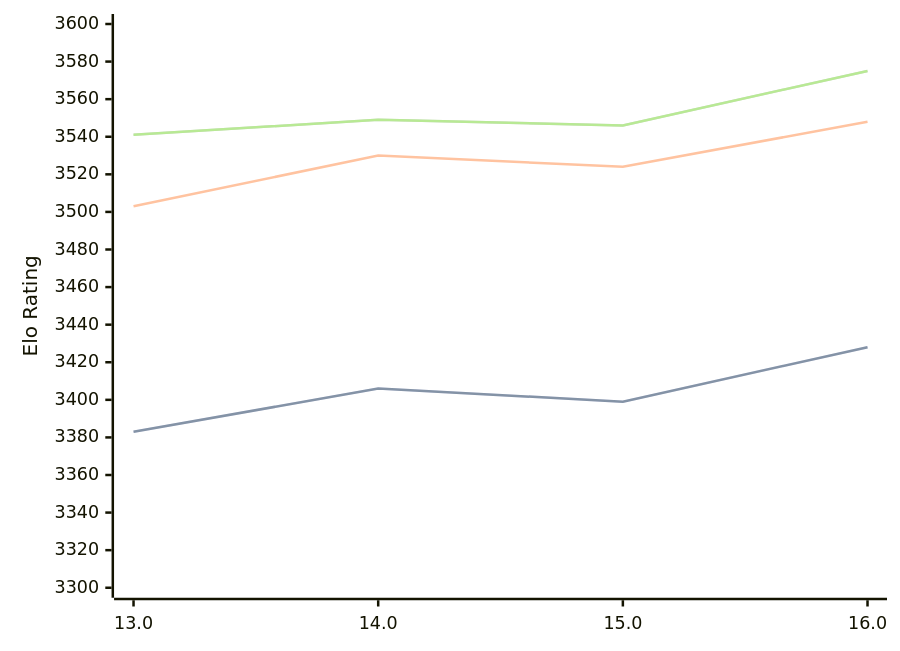
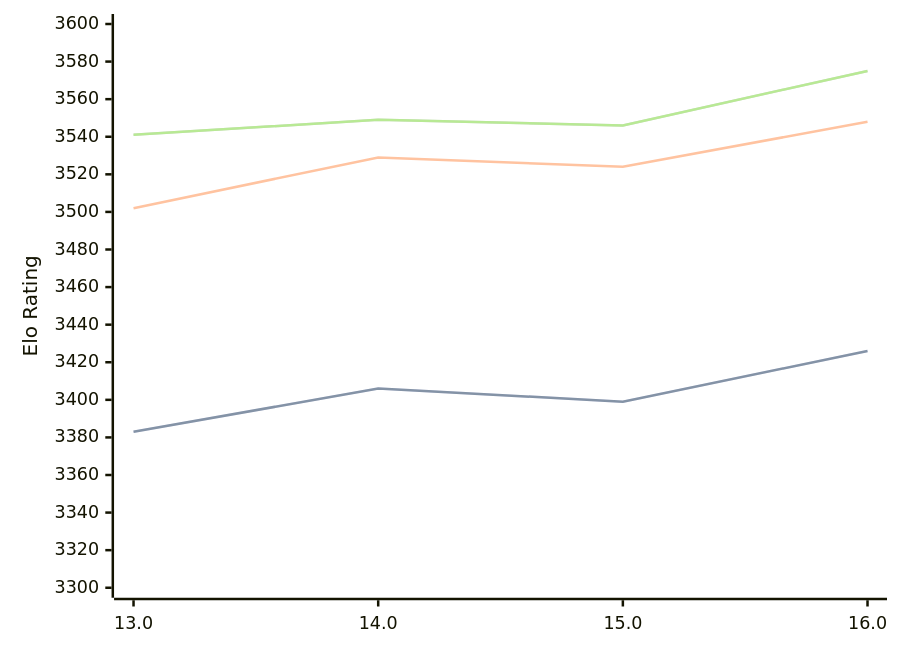
Before and after one commit to computer-chess-index/cci: the diagram in engines/Obsidian.md, drawn with Mermaid. The commit also changed other lines of this file, not shown here.

````diff
--- a/engines/Obsidian.md
+++ b/engines/Obsidian.md
@@ -43,11 +43,11 @@
 ```mermaid
 %%{init: {"theme":"base","themeVariables":{"seriesColors:['#a3a3a3','#222221','#faa371']}}}%%
 xychart-beta
   x-axis ["13.0", "14.0", "15.0", "16.0"]
   y-axis "Elo Rating" 3300 --> 3600
-  line "STC (8.0+0.08s)" [3383, 3406, 3399, 3428]
-  line "STC (8.0+0.08s)" [3383, 3406, 3399, 3428]
-  line "LTC (60.0+0.60s)" [3503, 3530, 3524, 3548]
+  line "STC (8.0+0.08s)" [3383, 3406, 3399, 3426]
+  line "STC (8.0+0.08s)" [3383, 3406, 3399, 3426]
+  line "LTC (60.0+0.60s)" [3502, 3529, 3524, 3548]
   line "VLTC (2m24s+1.12s)" [3541, 3549, 3546, 3575]
   line "VLTC (2m24s+1.12s)" [3541, 3549, 3546, 3575]
 ```
````
